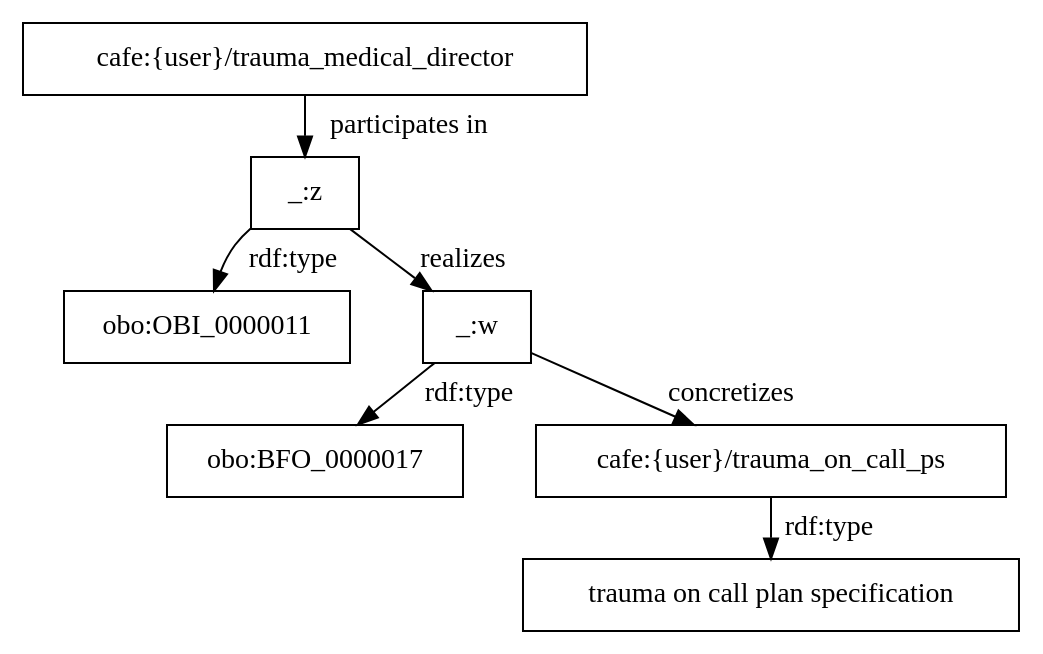
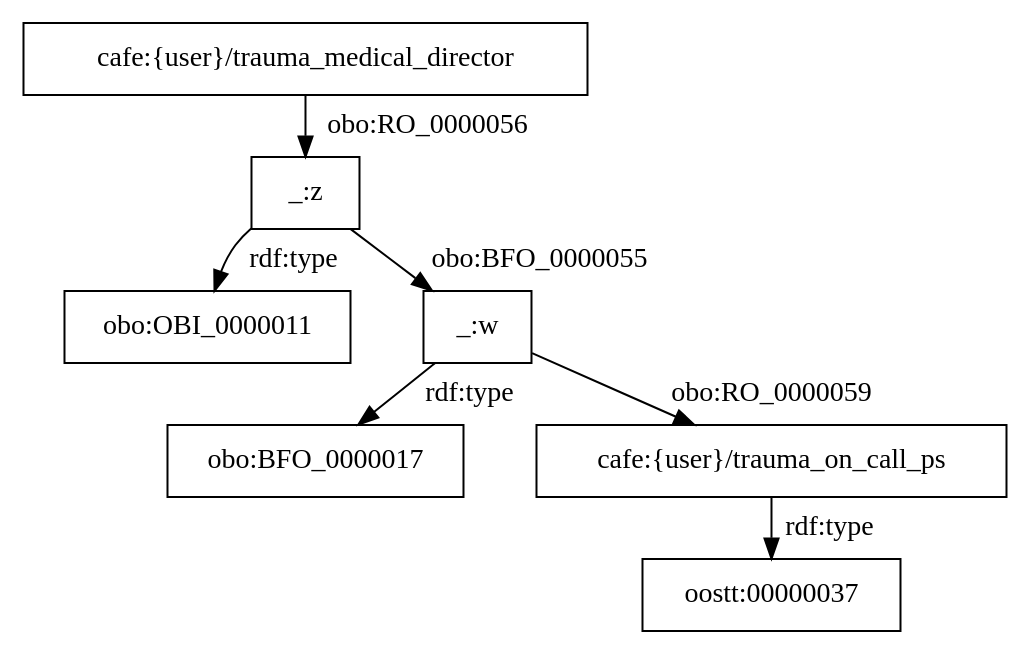
Before and after one commit to utecht/dideo-server: the diagram in cafe/graphs/14.dot, drawn with Graphviz. The commit also changed 17 other files, not shown here.

```diff
--- a/cafe/graphs/14.dot
+++ b/cafe/graphs/14.dot
@@ -1,9 +1,9 @@
 digraph g { node [shape=rectangle];
 graph [splines=true, nodesep=.5, ranksep=0, overlap=false];
-"cafe:{user}/trauma_medical_director" -> "_:z" [label="participates in"]
+"cafe:{user}/trauma_medical_director" -> "_:z" [label="obo:RO_0000056"]
 "_:z" -> "obo:OBI_0000011" [label="rdf:type"]
-"_:z" -> "_:w" [label="realizes"]
+"_:z" -> "_:w" [label="obo:BFO_0000055"]
 "_:w" -> "obo:BFO_0000017" [label="rdf:type"]
-"_:w" -> "cafe:{user}/trauma_on_call_ps" [label="concretizes"]
-"cafe:{user}/trauma_on_call_ps" -> "trauma on call plan specification" [label="rdf:type"]
+"_:w" -> "cafe:{user}/trauma_on_call_ps" [label="obo:RO_0000059"]
+"cafe:{user}/trauma_on_call_ps" -> "oostt:00000037" [label="rdf:type"]
 }
```
